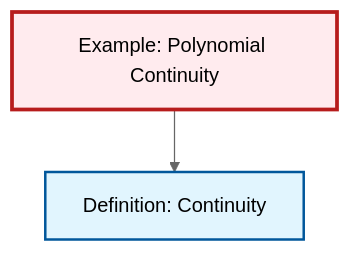
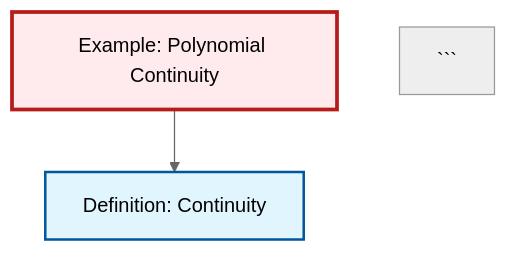
The diagram in output/mermaid/ex-polynomial-continuity.mermaid (RK0429/ModernMath), drawn with Mermaid (neutral theme) before and after one commit. The commit also changed 313 other files, not shown here.

````diff
--- a/output/mermaid/ex-polynomial-continuity.mermaid
+++ b/output/mermaid/ex-polynomial-continuity.mermaid
@@ -1,13 +1,12 @@
-```{mermaid}
 %%| fig-cap: "Local dependency graph"
 graph TD
     classDef definition fill:#e1f5fe,stroke:#01579b,stroke-width:2px
     classDef theorem fill:#f3e5f5,stroke:#4a148c,stroke-width:2px
     classDef axiom fill:#fff3e0,stroke:#e65100,stroke-width:2px
     classDef example fill:#e8f5e9,stroke:#1b5e20,stroke-width:2px
     classDef current fill:#ffebee,stroke:#b71c1c,stroke-width:3px
+    ex-polynomial-continuity["Example: Polynomial Continuity"]:::example
     def-continuity["Definition: Continuity"]:::definition
-    ex-polynomial-continuity["Example: Polynomial Continuity"]:::example
     ex-polynomial-continuity --> def-continuity
     class ex-polynomial-continuity current
 ```
````
